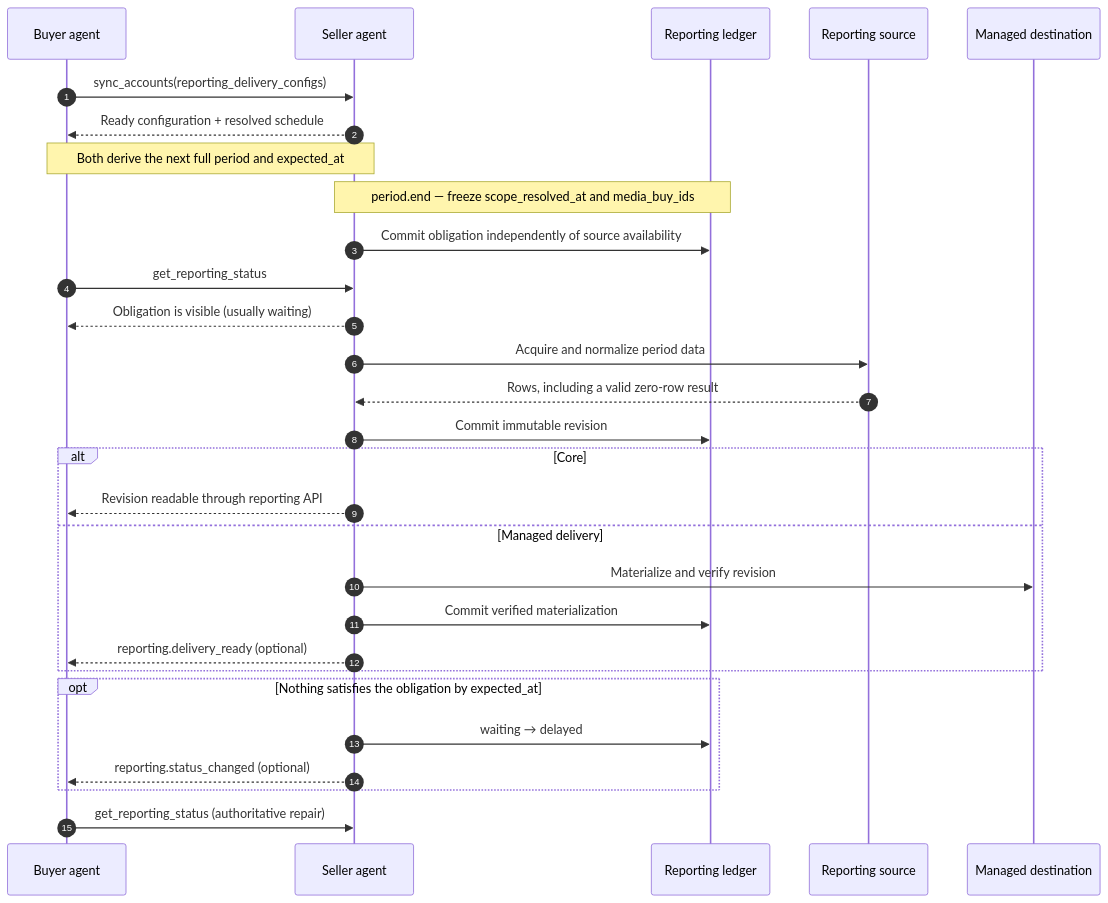
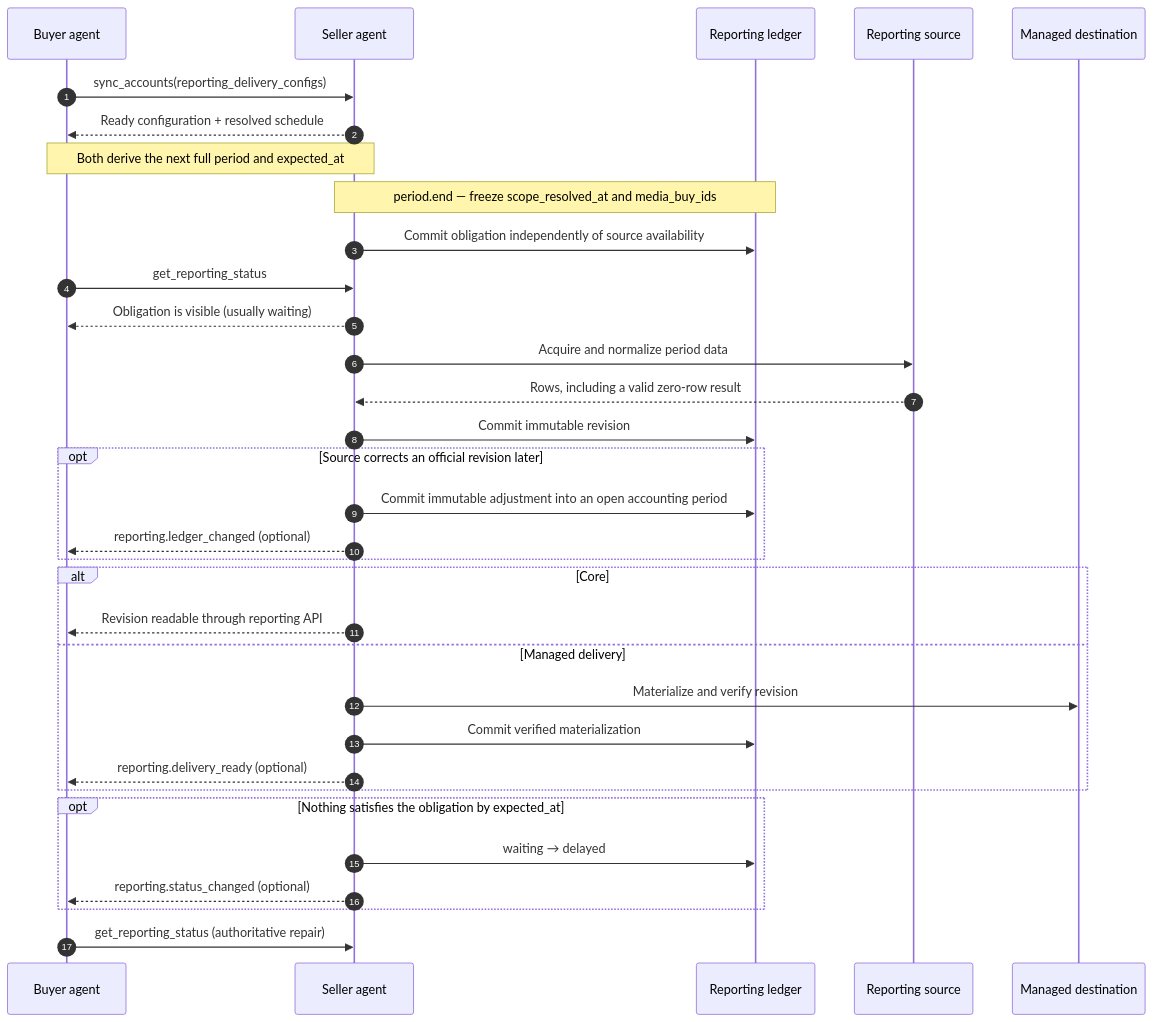
The diagram in docs/media-buy/reporting-core-implementation-guide.mdx (adcontextprotocol/adcp), drawn with Mermaid before and after one commit. The commit also changed other lines of this file and 62 other files, not shown here.

````diff
--- a/docs/media-buy/reporting-core-implementation-guide.mdx
+++ b/docs/media-buy/reporting-core-implementation-guide.mdx
@@ -52,39 +54,44 @@
 ```mermaid
 %%{init: {"sequence": {"showSequenceNumbers": true}}}%%
 sequenceDiagram
     accTitle: Reporting Core obligation and revision lifecycle
     accDescr: A buyer installs a reporting configuration. At period end the seller commits an obligation before acquiring source data, then commits an immutable revision. Managed delivery can optionally materialize and notify; status reads remain authoritative.
     participant Buyer as Buyer agent
     participant Seller as Seller agent
     participant Ledger as Reporting ledger
     participant Source as Reporting source
     participant Destination as Managed destination
 
     Buyer->>Seller: sync_accounts(reporting_delivery_configs)
     Seller-->>Buyer: Ready configuration + resolved schedule
     Note over Buyer,Seller: Both derive the next full period and expected_at
 
     Note over Seller,Ledger: period.end — freeze scope_resolved_at and media_buy_ids
     Seller->>Ledger: Commit obligation independently of source availability
     Buyer->>Seller: get_reporting_status
     Seller-->>Buyer: Obligation is visible (usually waiting)
 
     Seller->>Source: Acquire and normalize period data
     Source-->>Seller: Rows, including a valid zero-row result
     Seller->>Ledger: Commit immutable revision
 
+    opt Source corrects an official revision later
+        Seller->>Ledger: Commit immutable adjustment into an open accounting period
+        Seller-->>Buyer: reporting.ledger_changed (optional)
+    end
+
     alt Core
         Seller-->>Buyer: Revision readable through reporting API
     else Managed delivery
         Seller->>Destination: Materialize and verify revision
         Seller->>Ledger: Commit verified materialization
         Seller-->>Buyer: reporting.delivery_ready (optional)
     end
 
     opt Nothing satisfies the obligation by expected_at
         Seller->>Ledger: waiting → delayed
         Seller-->>Buyer: reporting.status_changed (optional)
     end
 
     Buyer->>Seller: get_reporting_status (authoritative repair)
 ```
````
